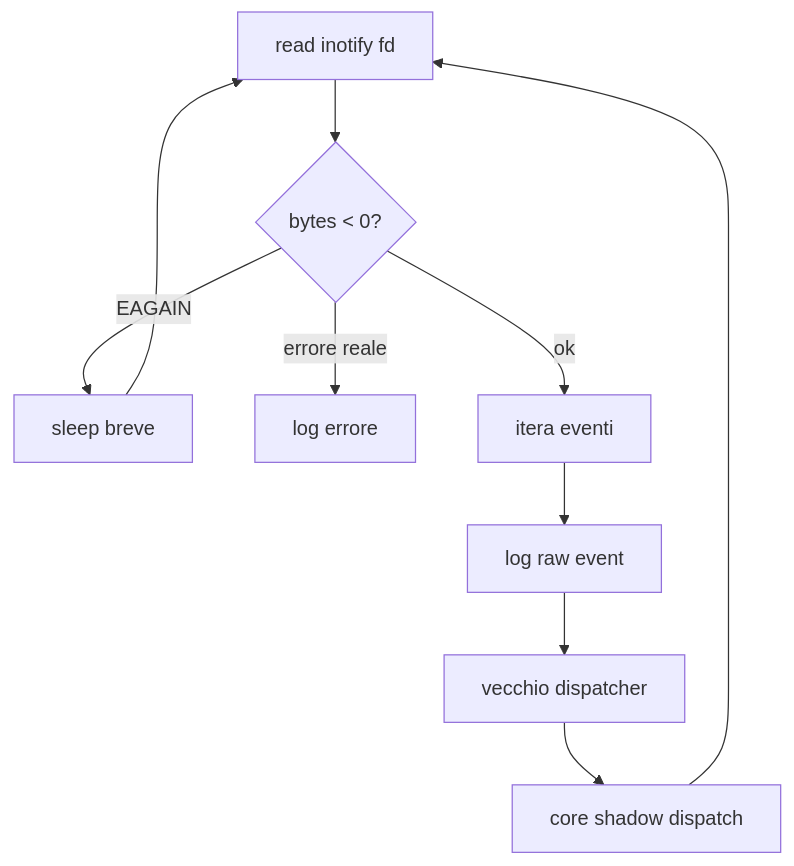
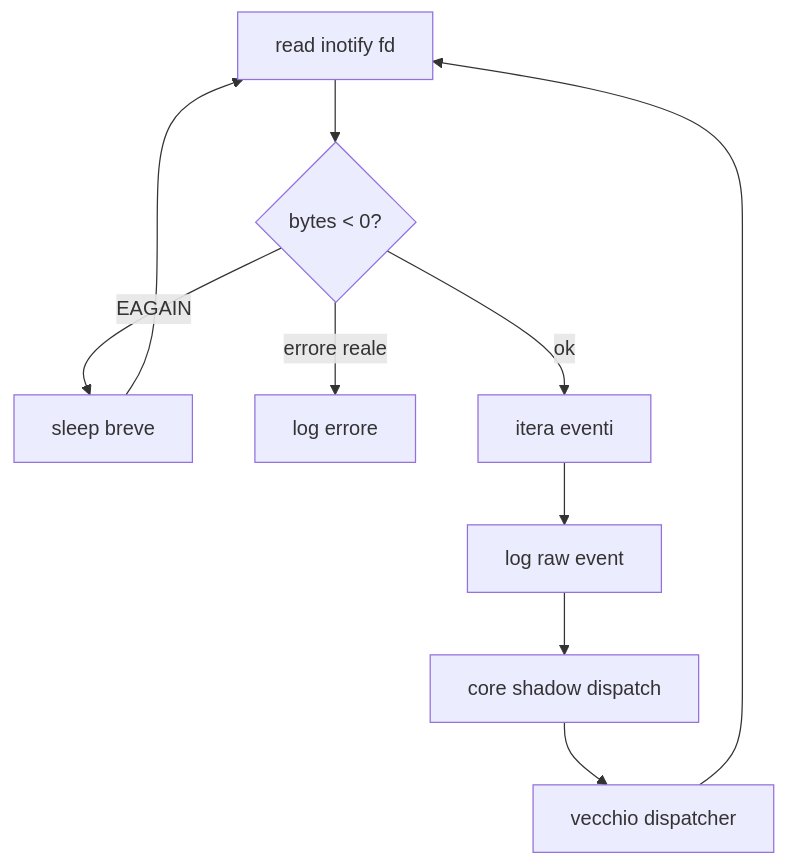
Before and after one commit to kinderp/alfred: the second of 2 diagrams in docs/it/04-livello-applicazione.md, drawn with Mermaid. The commit also changed other lines of this file and 14 other files, not shown here.

````diff
--- a/docs/it/04-livello-applicazione.md
+++ b/docs/it/04-livello-applicazione.md
@@ -137,12 +137,12 @@
 ```mermaid
 flowchart TD
     A[read inotify fd] --> B{bytes < 0?}
     B -->|EAGAIN| C[sleep breve]
     C --> A
     B -->|errore reale| D[log errore]
     B -->|ok| E[itera eventi]
     E --> F[log raw event]
-    F --> G[vecchio dispatcher]
-    G --> H[core shadow dispatch]
+    F --> G[core shadow dispatch]
+    G --> H[vecchio dispatcher]
     H --> A
 ```
````
